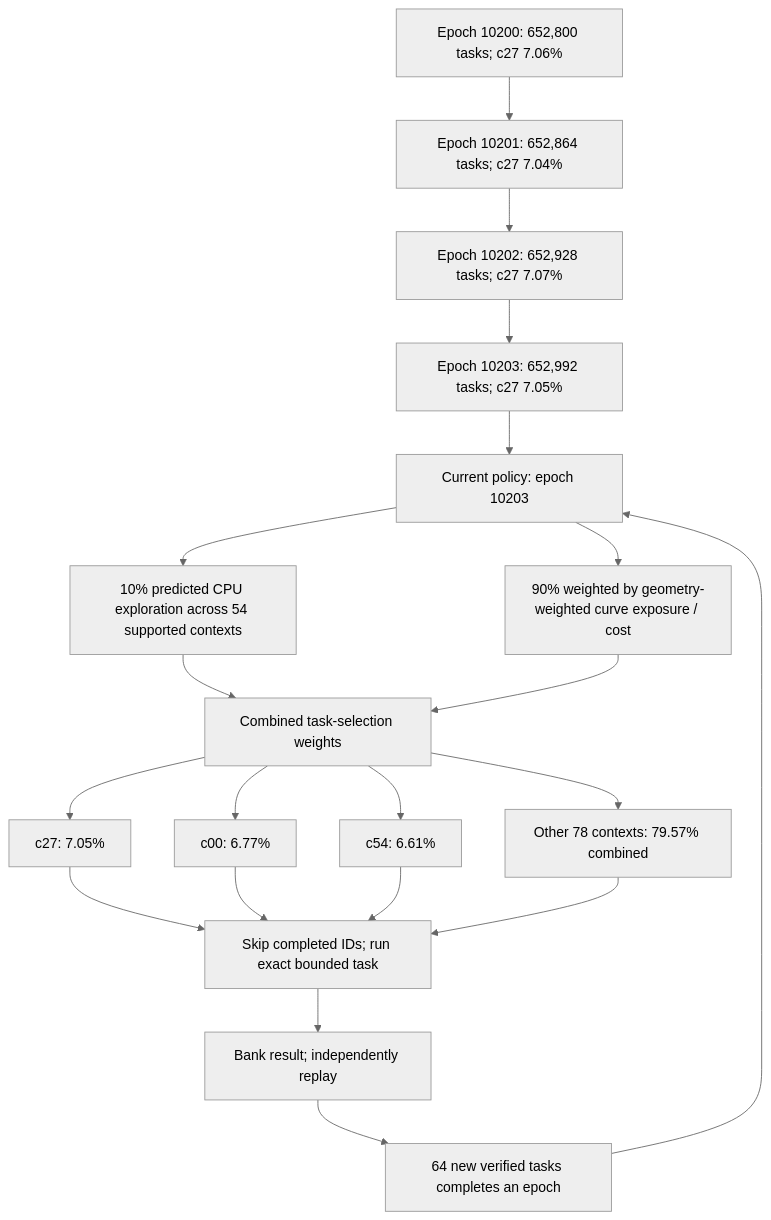
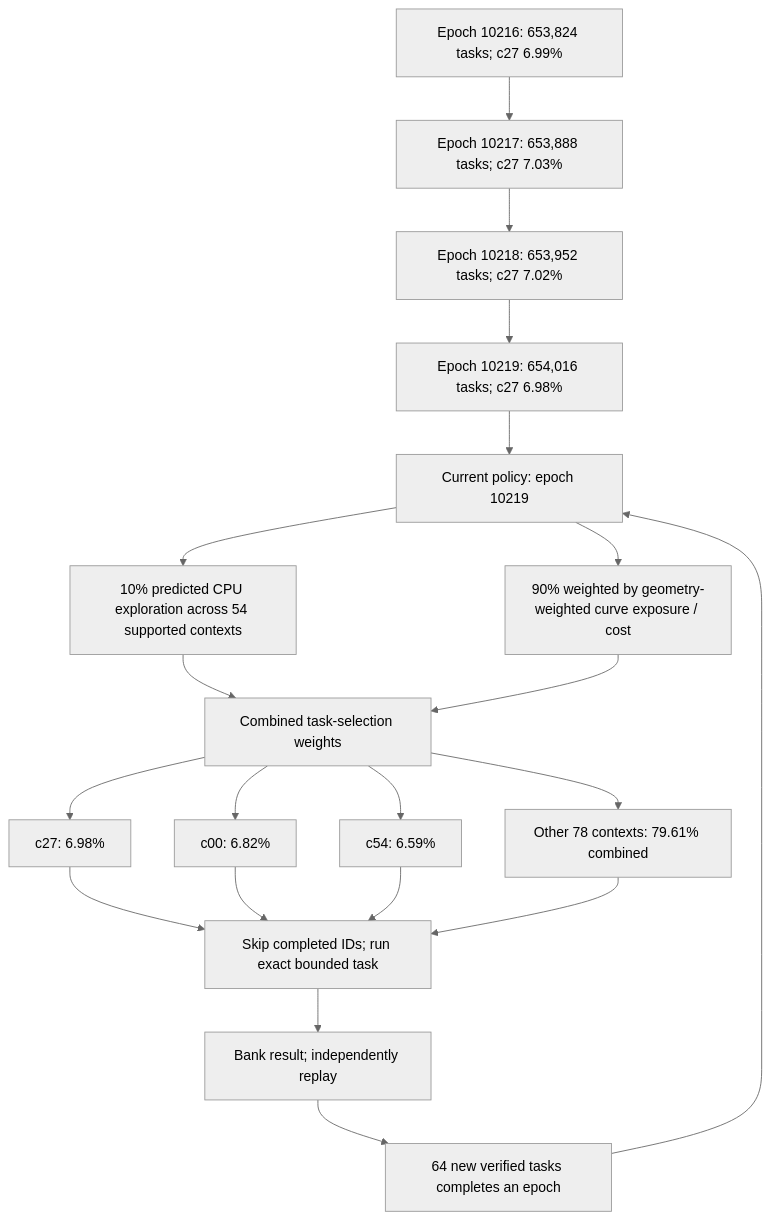
Before and after one commit to Kuberwastaken/math-gambling: the first of 4 diagrams in README.md, drawn with Mermaid (neutral theme). The commit also changed other lines of this file and 8800 other files, not shown here.

````diff
--- a/README.md
+++ b/README.md
@@ -60,27 +60,27 @@
 ```mermaid
 flowchart TD
-    H0["Epoch 10200: 652,800 tasks; c27 7.06%"]
-    H1["Epoch 10201: 652,864 tasks; c27 7.04%"]
+    H0["Epoch 10216: 653,824 tasks; c27 6.99%"]
+    H1["Epoch 10217: 653,888 tasks; c27 7.03%"]
     H0 --> H1
-    H2["Epoch 10202: 652,928 tasks; c27 7.07%"]
+    H2["Epoch 10218: 653,952 tasks; c27 7.02%"]
     H1 --> H2
-    H3["Epoch 10203: 652,992 tasks; c27 7.05%"]
+    H3["Epoch 10219: 654,016 tasks; c27 6.98%"]
     H2 --> H3
-    Policy["Current policy: epoch 10203"]
+    Policy["Current policy: epoch 10219"]
     H3 --> Policy
     Policy --> Explore["10% predicted CPU exploration across 54 supported contexts"]
     Policy --> Cost["90% weighted by geometry-weighted curve exposure / cost"]
     Explore --> Mix["Combined task-selection weights"]
     Cost --> Mix
-    Mix --> C0["c27: 7.05%"]
-    Mix --> C1["c00: 6.77%"]
-    Mix --> C2["c54: 6.61%"]
-    Mix --> Rest["Other 78 contexts: 79.57% combined"]
+    Mix --> C0["c27: 6.98%"]
+    Mix --> C1["c00: 6.82%"]
+    Mix --> C2["c54: 6.59%"]
+    Mix --> Rest["Other 78 contexts: 79.61% combined"]
     C0 --> Check["Skip completed IDs; run exact bounded task"]
     C1 --> Check
     C2 --> Check
     Rest --> Check
     Check --> Replay["Bank result; independently replay"]
     Replay --> Gate["64 new verified tasks completes an epoch"]
     Gate --> Policy
 ```
````
